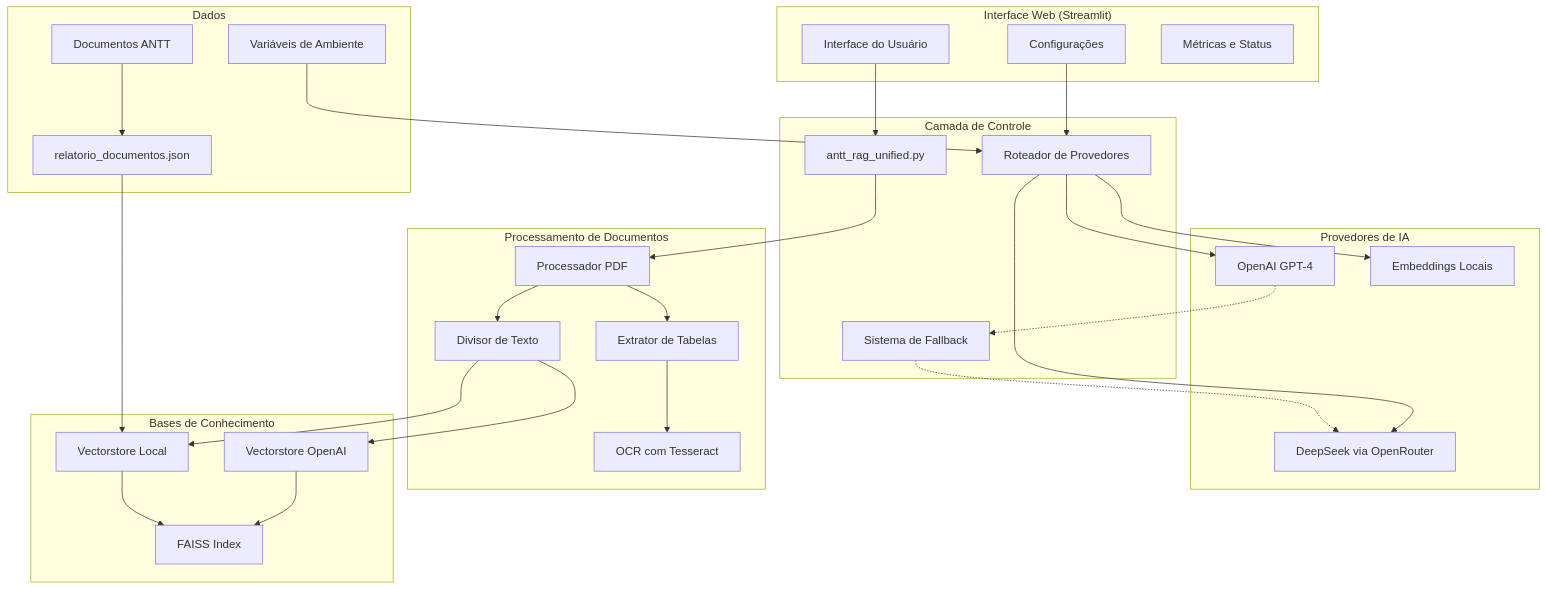
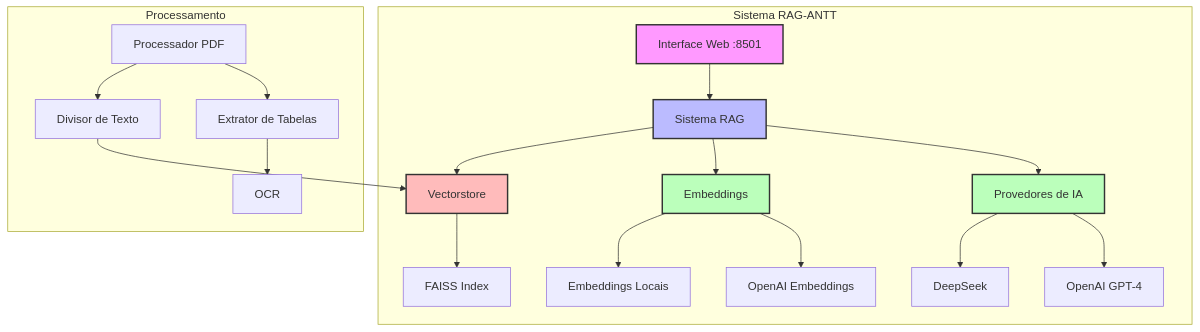
Before and after one commit to romulobrito/RAG-ANTT: the first of 3 diagrams in README.md, drawn with Mermaid. The commit also changed other lines of this file, not shown here.

Commit message:
docs: atualiza README com nova estrutura e documentação completa

````diff
--- a/README.md
+++ b/README.md
@@ -40,62 +60,27 @@
 ```mermaid
 graph TB
-    subgraph "Interface Web (Streamlit)"
-        UI[Interface do Usuário]
-        CONFIG[Configurações]
-        METRICS[Métricas e Status]
+    subgraph "Sistema RAG-ANTT"
+        A[Interface Web :8501] --> B[Sistema RAG]
+        B --> C[Provedores de IA]
+        C --> D[OpenAI GPT-4]
+        C --> E[DeepSeek]
+        B --> F[Embeddings]
+        F --> G[OpenAI Embeddings]
+        F --> H[Embeddings Locais]
+        B --> I[Vectorstore]
+        I --> J[FAISS Index]
     end
-    
-    subgraph "Camada de Controle"
-        MAIN[antt_rag_unified.py]
-        ROUTER[Roteador de Provedores]
-        FALLBACK[Sistema de Fallback]
+
+    subgraph "Processamento"
+        K[Processador PDF] --> L[Extrator de Tabelas]
+        L --> M[OCR]
+        K --> N[Divisor de Texto]
+        N --> I
     end
-    
-    subgraph "Provedores de IA"
-        OPENAI[OpenAI GPT-4]
-        DEEPSEEK[DeepSeek via OpenRouter]
-        LOCAL_EMB[Embeddings Locais]
-    end
-    
-    subgraph "Processamento de Documentos"
-        PDF_PROC[Processador PDF]
-        TABLE_EXT[Extrator de Tabelas]
-        TEXT_SPLIT[Divisor de Texto]
-        OCR[OCR com Tesseract]
-    end
-    
-    subgraph "Bases de Conhecimento"
-        VECTOR_OPENAI[Vectorstore OpenAI]
-        VECTOR_LOCAL[Vectorstore Local]
-        FAISS[FAISS Index]
-    end
-    
-    subgraph "Dados"
-        DOCS[Documentos ANTT]
-        JSON_DATA[relatorio_documentos.json]
-        ENV_CONFIG[Variáveis de Ambiente]
-    end
-    
-    UI --> MAIN
-    CONFIG --> ROUTER
-    ROUTER --> OPENAI
-    ROUTER --> DEEPSEEK
-    ROUTER --> LOCAL_EMB
-    
-    MAIN --> PDF_PROC
-    PDF_PROC --> TABLE_EXT
-    PDF_PROC --> TEXT_SPLIT
-    TABLE_EXT --> OCR
-    
-    TEXT_SPLIT --> VECTOR_OPENAI
-    TEXT_SPLIT --> VECTOR_LOCAL
-    VECTOR_OPENAI --> FAISS
-    VECTOR_LOCAL --> FAISS
-    
-    DOCS --> JSON_DATA
-    JSON_DATA --> VECTOR_LOCAL
-    ENV_CONFIG --> ROUTER
-    
-    FALLBACK -.-> DEEPSEEK
-    OPENAI -.-> FALLBACK
+
+    style A fill:#f9f,stroke:#333,stroke-width:2px
+    style B fill:#bbf,stroke:#333,stroke-width:2px
+    style C fill:#bfb,stroke:#333,stroke-width:2px
+    style F fill:#bfb,stroke:#333,stroke-width:2px
+    style I fill:#fbb,stroke:#333,stroke-width:2px
 ```
````
